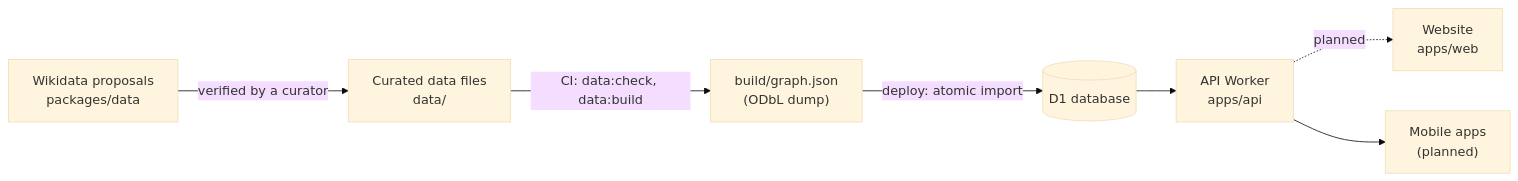
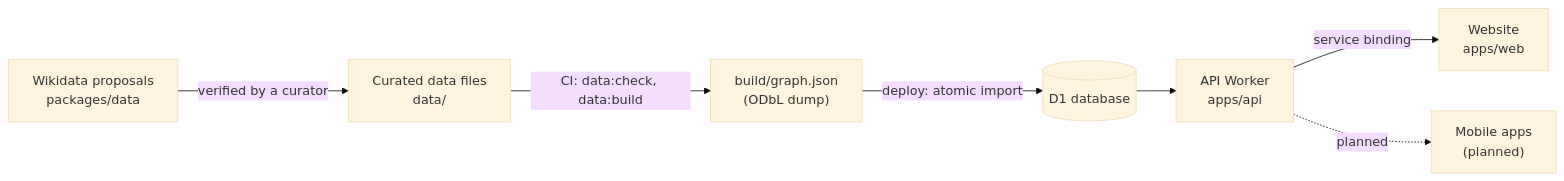
One commit to areksh/ownerfinder changed the diagram in docs/architecture.md. Above: the diagram before and after it, drawn with Mermaid (base theme). The commit also changed other lines of this file and 3 other files, not shown here.

````diff
--- a/docs/architecture.md
+++ b/docs/architecture.md
@@ -15,9 +15,9 @@
 ```mermaid
 flowchart LR
   ingest["Wikidata proposals<br/>packages/data"] -->|verified by a curator| data["Curated data files<br/>data/"]
   data -->|CI: data:check, data:build| dump["build/graph.json<br/>(ODbL dump)"]
   dump -->|deploy: atomic import| d1[("D1 database")]
   d1 --> api["API Worker<br/>apps/api"]
-  api -.->|planned| web["Website<br/>apps/web"]
-  api --> mobile["Mobile apps<br/>(planned)"]
+  api -->|service binding| web["Website<br/>apps/web"]
+  api -.->|planned| mobile["Mobile apps<br/>(planned)"]
 ```
````
